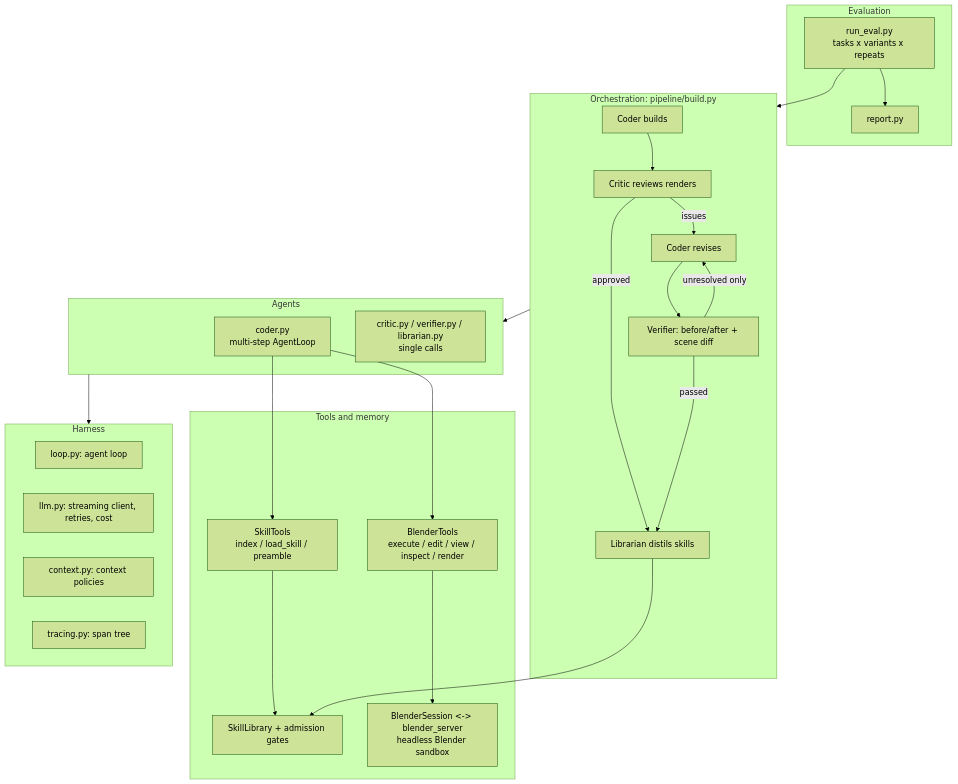
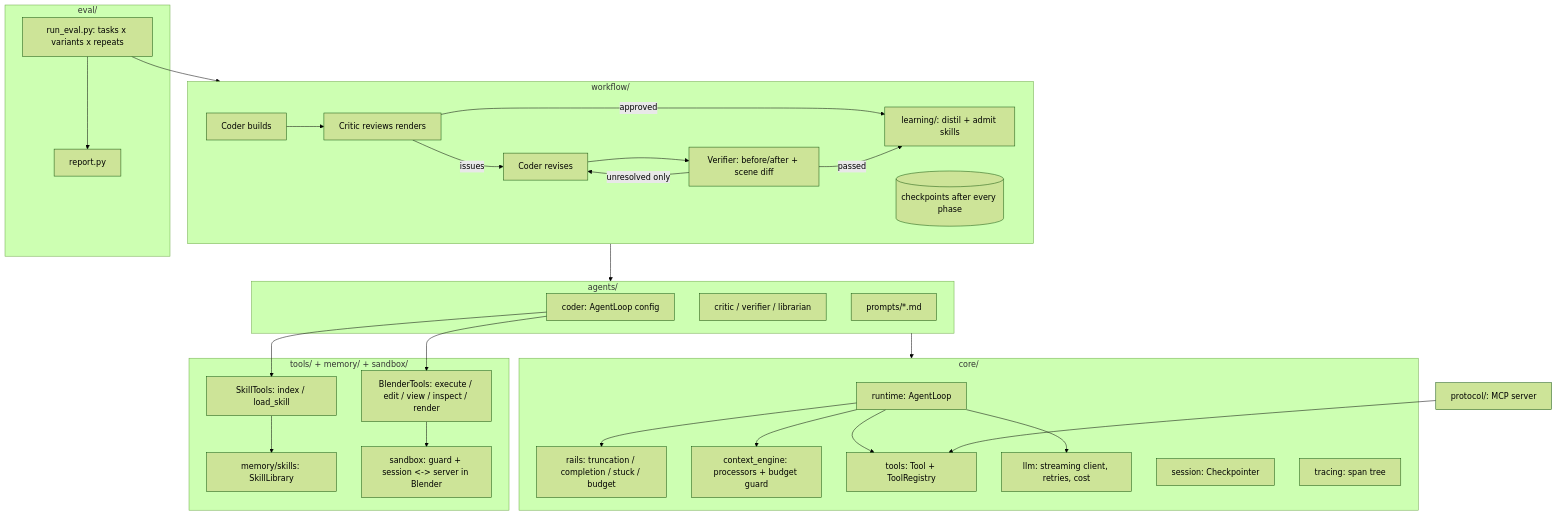
Before and after one commit to cccky0813/BlendHarness: the diagram in README.md, drawn with Mermaid (forest theme). The commit also changed other lines of this file and 5 other files, not shown here.

First line of the commit message:
Document the restructured architecture

````diff
--- a/README.md
+++ b/README.md
@@ -25,37 +27,43 @@
 ```mermaid
 flowchart TB
-    subgraph EVAL[Evaluation]
-        RUN[run_eval.py<br/>tasks x variants x repeats] --> REP[report.py]
+    subgraph EVAL[eval/]
+        RUN[run_eval.py: tasks x variants x repeats] --> REP[report.py]
     end
-    subgraph PIPE[Orchestration: pipeline/build.py]
+    subgraph WF[workflow/]
         C0[Coder builds] --> CR[Critic reviews renders]
         CR -->|issues| C1[Coder revises]
         C1 --> V[Verifier: before/after + scene diff]
         V -->|unresolved only| C1
-        CR -->|approved| L[Librarian distils skills]
+        CR -->|approved| L[learning/: distil + admit skills]
         V -->|passed| L
+        CK[(checkpoints after every phase)]
     end
-    subgraph AG[Agents]
-        CODER[coder.py<br/>multi-step AgentLoop]
-        SINGLE[critic.py / verifier.py / librarian.py<br/>single calls]
+    subgraph AG[agents/]
+        CODER[coder: AgentLoop config]
+        SINGLE[critic / verifier / librarian]
+        PR[prompts/*.md]
     end
-    subgraph TL[Tools and memory]
-        BT[BlenderTools<br/>execute / edit / view / inspect / render]
-        ST[SkillTools<br/>index / load_skill / preamble]
-        MEM[SkillLibrary + admission gates]
-        SB[BlenderSession <-> blender_server<br/>headless Blender sandbox]
+    subgraph TL[tools/ + memory/ + sandbox/]
+        BT[BlenderTools: execute / edit / view / inspect / render]
+        ST[SkillTools: index / load_skill]
+        MEM[memory/skills: SkillLibrary]
+        SB[sandbox: guard + session <-> server in Blender]
     end
-    subgraph H[Harness]
-        LOOP[loop.py: agent loop]
-        LLM[llm.py: streaming client, retries, cost]
-        CTX[context.py: context policies]
-        TR[tracing.py: span tree]
+    subgraph CORE[core/]
+        LOOP[runtime: AgentLoop]
+        RAILS[rails: truncation / completion / stuck / budget]
+        CTX[context_engine: processors + budget guard]
+        TOOLS[tools: Tool + ToolRegistry]
+        LLM[llm: streaming client, retries, cost]
+        SES[session: Checkpointer]
+        TR[tracing: span tree]
     end
-    RUN --> PIPE
-    PIPE --> AG
+    MCP[protocol/: MCP server] --> TOOLS
+    RUN --> WF
+    WF --> AG
     CODER --> BT & ST
     ST --> MEM
-    L --> MEM
     BT --> SB
-    AG --> H
+    AG --> CORE
+    LOOP --> RAILS & CTX & TOOLS & LLM
 ```
````
